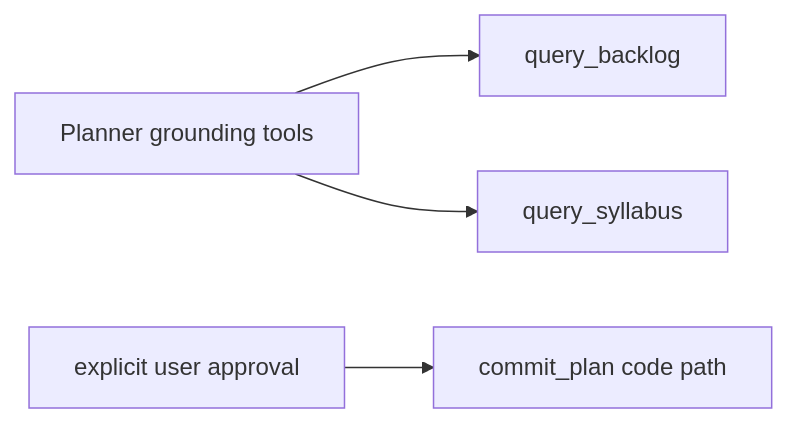
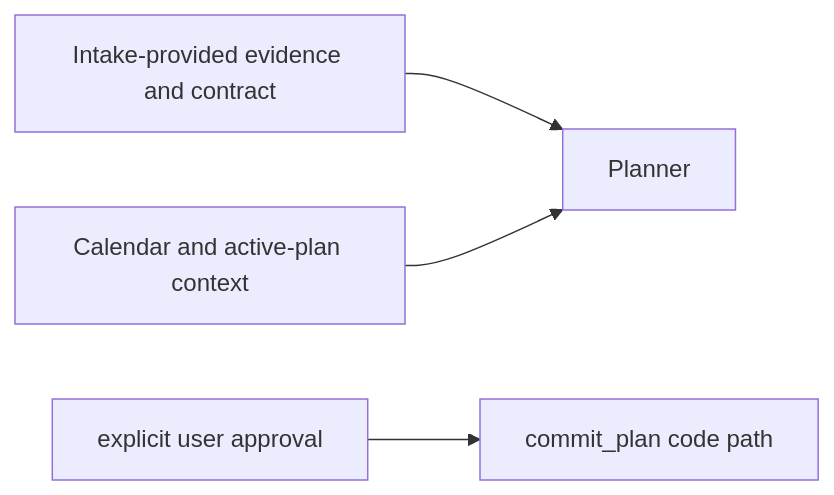
Before and after one commit to SaathiAI/PrivateSkedio: the seventh of 12 diagrams in Weekly-Study-Planner/planner_diagram.md, drawn with Mermaid. The commit also changed other lines of this file and 1 other file, not shown here.

````diff
--- a/Weekly-Study-Planner/planner_diagram.md
+++ b/Weekly-Study-Planner/planner_diagram.md
@@ -157,6 +160,6 @@
 ```mermaid
 flowchart LR
-    PlannerTools["Planner grounding tools"] --> Backlog["query_backlog"]
-    PlannerTools --> Syllabus["query_syllabus"]
+    Context["Intake-provided evidence and contract"] --> Planner["Planner"]
+    ContextBlocks["Calendar and active-plan context"] --> Planner
     Approval["explicit user approval"] --> Commit["commit_plan code path"]
 ```
````
